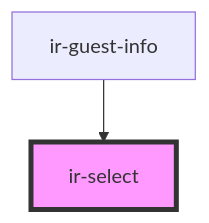
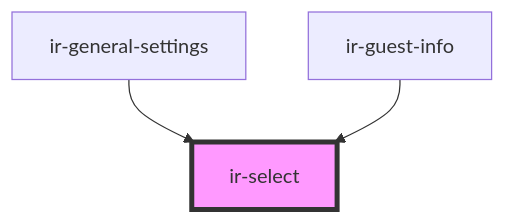
One commit to freddynasr/ir-webcmp changed the diagram in src/components/ir-select/readme.md. Above: the diagram before and after it, drawn with Mermaid. The commit also changed other lines of this file and 18 other files, not shown here.

````diff
--- a/src/components/ir-select/readme.md
+++ b/src/components/ir-select/readme.md
@@ -39,5 +45,6 @@
 ```mermaid
 graph TD;
+  ir-general-settings --> ir-select
   ir-guest-info --> ir-select
   style ir-select fill:#f9f,stroke:#333,stroke-width:4px
 ```
````
